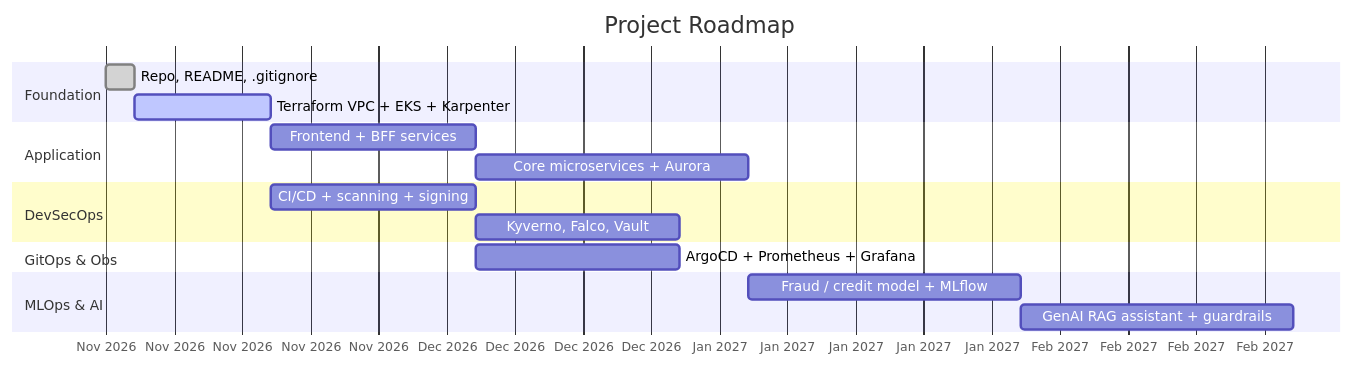
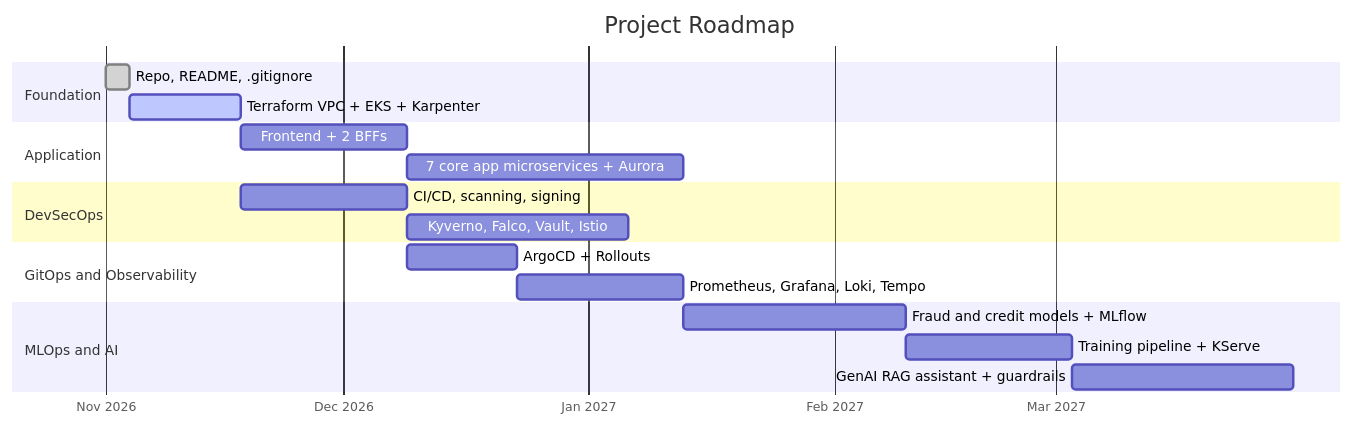
Before and after one commit to muntaha747/FinTech-Enterprise-Project: diagram 16 of 17 in README.md, drawn with Mermaid. The commit also changed other lines of this file, not shown here.

Commit message:
Remove Terraform/Karpenter files; expand README with 14 microservices and richer diagrams

````diff
--- a/README.md
+++ b/README.md
@@ -238,20 +639,22 @@
 ```mermaid
 gantt
     title Project Roadmap
     dateFormat  YYYY-MM-DD
     axisFormat  %b %Y
     section Foundation
     Repo, README, .gitignore          :done,    f1, 2026-11-01, 3d
     Terraform VPC + EKS + Karpenter   :active,  f2, 2026-11-04, 14d
     section Application
-    Frontend + BFF services           :         a1, after f2, 21d
-    Core microservices + Aurora       :         a2, after a1, 28d
+    Frontend + 2 BFFs                 :         a1, after f2, 21d
+    7 core app microservices + Aurora :         a2, after a1, 35d
     section DevSecOps
-    CI/CD + scanning + signing        :         d1, after f2, 21d
-    Kyverno, Falco, Vault             :         d2, after d1, 21d
-    section GitOps & Obs
-    ArgoCD + Prometheus + Grafana     :         g1, after d1, 21d
-    section MLOps & AI
-    Fraud / credit model + MLflow     :         m1, after a2, 28d
-    GenAI RAG assistant + guardrails  :         m2, after m1, 28d
+    CI/CD, scanning, signing          :         d1, after f2, 21d
+    Kyverno, Falco, Vault, Istio      :         d2, after d1, 28d
+    section GitOps and Observability
+    ArgoCD + Rollouts                 :         g1, after d1, 14d
+    Prometheus, Grafana, Loki, Tempo  :         g2, after g1, 21d
+    section MLOps and AI
+    Fraud and credit models + MLflow  :         m1, after a2, 28d
+    Training pipeline + KServe        :         m2, after m1, 21d
+    GenAI RAG assistant + guardrails  :         m3, after m2, 28d
 ```
````
